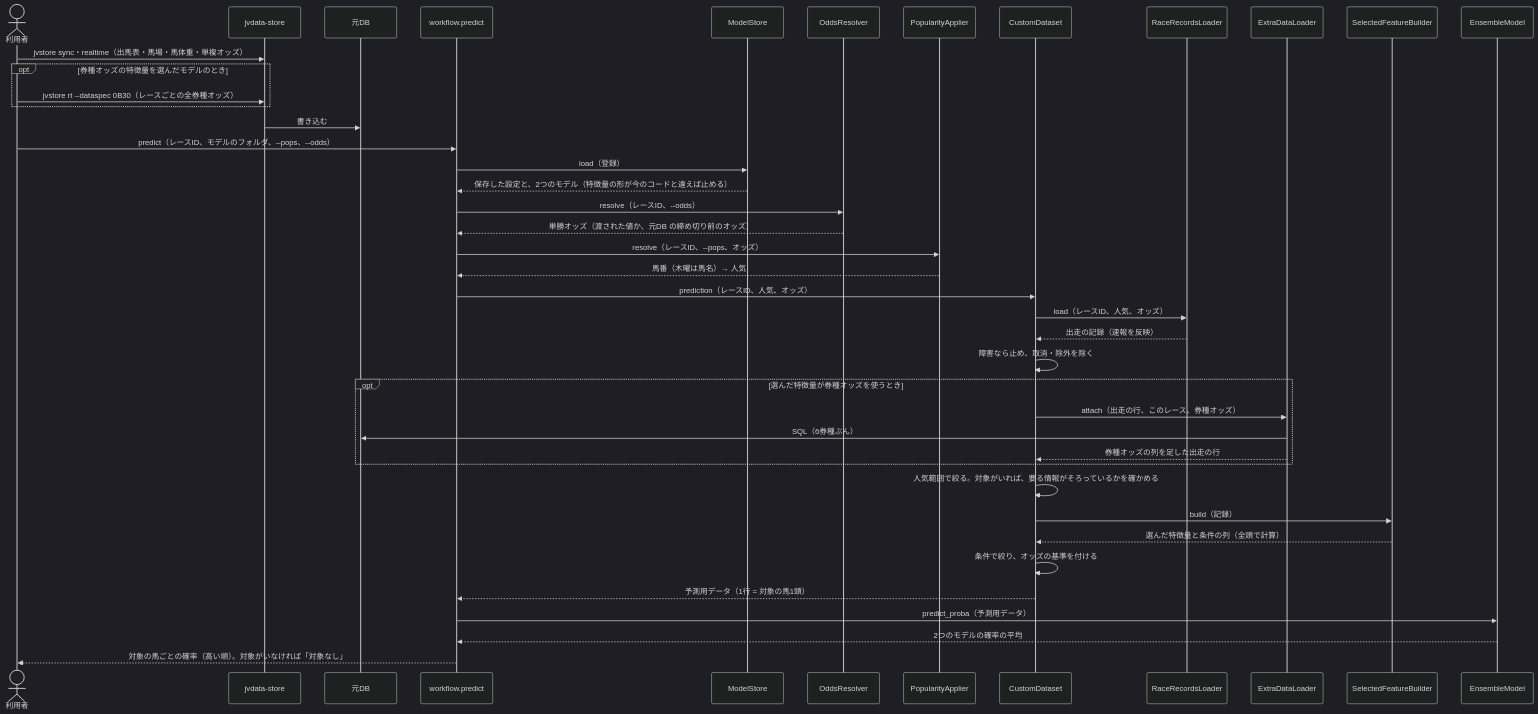
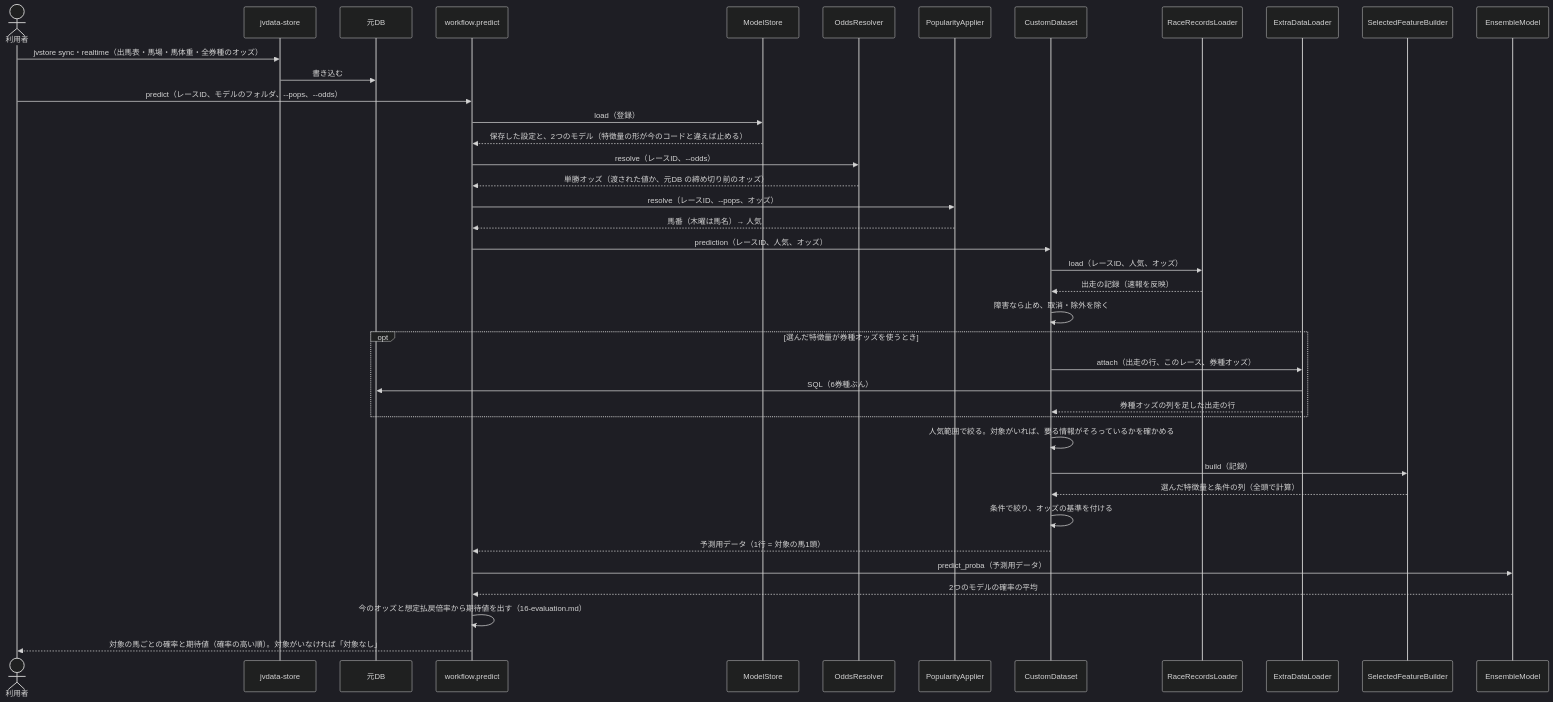
The second of 2 diagrams in docs/design/特徴量と条件を選んで予想/05-sequence.md (ht-0328/keiba-yosou), drawn with Mermaid (dark theme) before and after one commit. The commit also changed other lines of this file and 10 other files, not shown here.

````diff
--- a/docs/design/特徴量と条件を選んで予想/05-sequence.md
+++ b/docs/design/特徴量と条件を選んで予想/05-sequence.md
@@ -65,44 +65,42 @@
 ```mermaid
 sequenceDiagram
     actor U as 利用者
     participant JS as jvdata-store
     participant DB as 元DB
     participant W as workflow.predict
     participant MS as ModelStore
     participant OR as OddsResolver
     participant PA as PopularityApplier
     participant D as CustomDataset
     participant L as RaceRecordsLoader
     participant X as ExtraDataLoader
     participant B as SelectedFeatureBuilder
     participant E as EnsembleModel
-    U->>JS: jvstore sync・realtime（出馬表・馬場・馬体重・単複オッズ）
-    opt 券種オッズの特徴量を選んだモデルのとき
-        U->>JS: jvstore rt --dataspec 0B30（レースごとの全券種オッズ）
-    end
+    U->>JS: jvstore sync・realtime（出馬表・馬場・馬体重・全券種のオッズ）
     JS->>DB: 書き込む
     U->>W: predict（レースID、モデルのフォルダ、--pops、--odds）
     W->>MS: load（登録）
     MS-->>W: 保存した設定と、2つのモデル（特徴量の形が今のコードと違えば止める）
     W->>OR: resolve（レースID、--odds）
     OR-->>W: 単勝オッズ（渡された値か、元DB の締め切り前のオッズ）
     W->>PA: resolve（レースID、--pops、オッズ）
     PA-->>W: 馬番（木曜は馬名）→ 人気
     W->>D: prediction（レースID、人気、オッズ）
     D->>L: load（レースID、人気、オッズ）
     L-->>D: 出走の記録（速報を反映）
     D->>D: 障害なら止め、取消・除外を除く
     opt 選んだ特徴量が券種オッズを使うとき
         D->>X: attach（出走の行、このレース、券種オッズ）
         X->>DB: SQL（6券種ぶん）
         X-->>D: 券種オッズの列を足した出走の行
     end
     D->>D: 人気範囲で絞る。対象がいれば、要る情報がそろっているかを確かめる
     D->>B: build（記録）
     B-->>D: 選んだ特徴量と条件の列（全頭で計算）
     D->>D: 条件で絞り、オッズの基準を付ける
     D-->>W: 予測用データ（1行 = 対象の馬1頭）
     W->>E: predict_proba（予測用データ）
     E-->>W: 2つのモデルの確率の平均
-    W-->>U: 対象の馬ごとの確率（高い順）。対象がいなければ「対象なし」
+    W->>W: 今のオッズと想定払戻倍率から期待値を出す（16-evaluation.md）
+    W-->>U: 対象の馬ごとの確率と期待値（確率の高い順）。対象がいなければ「対象なし」
 ```
````
